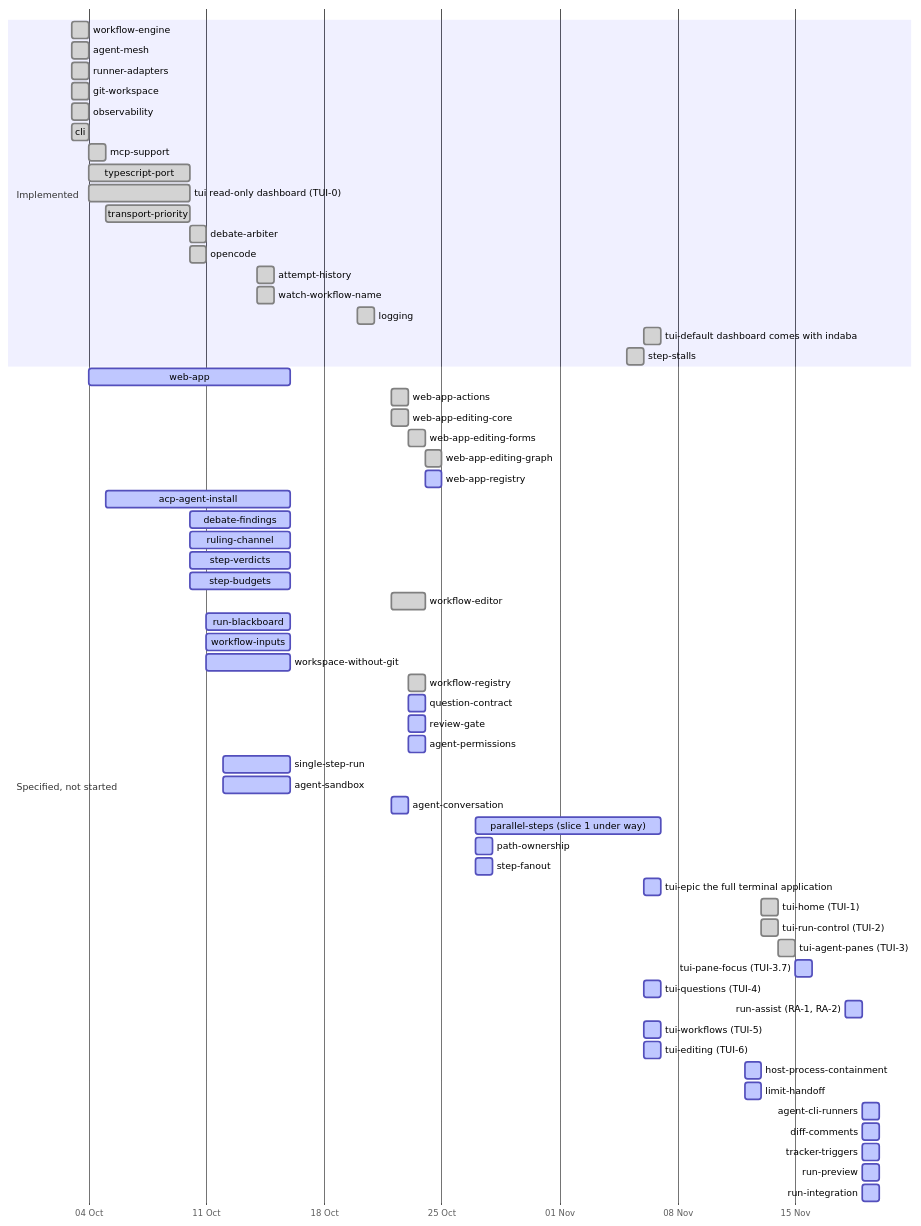
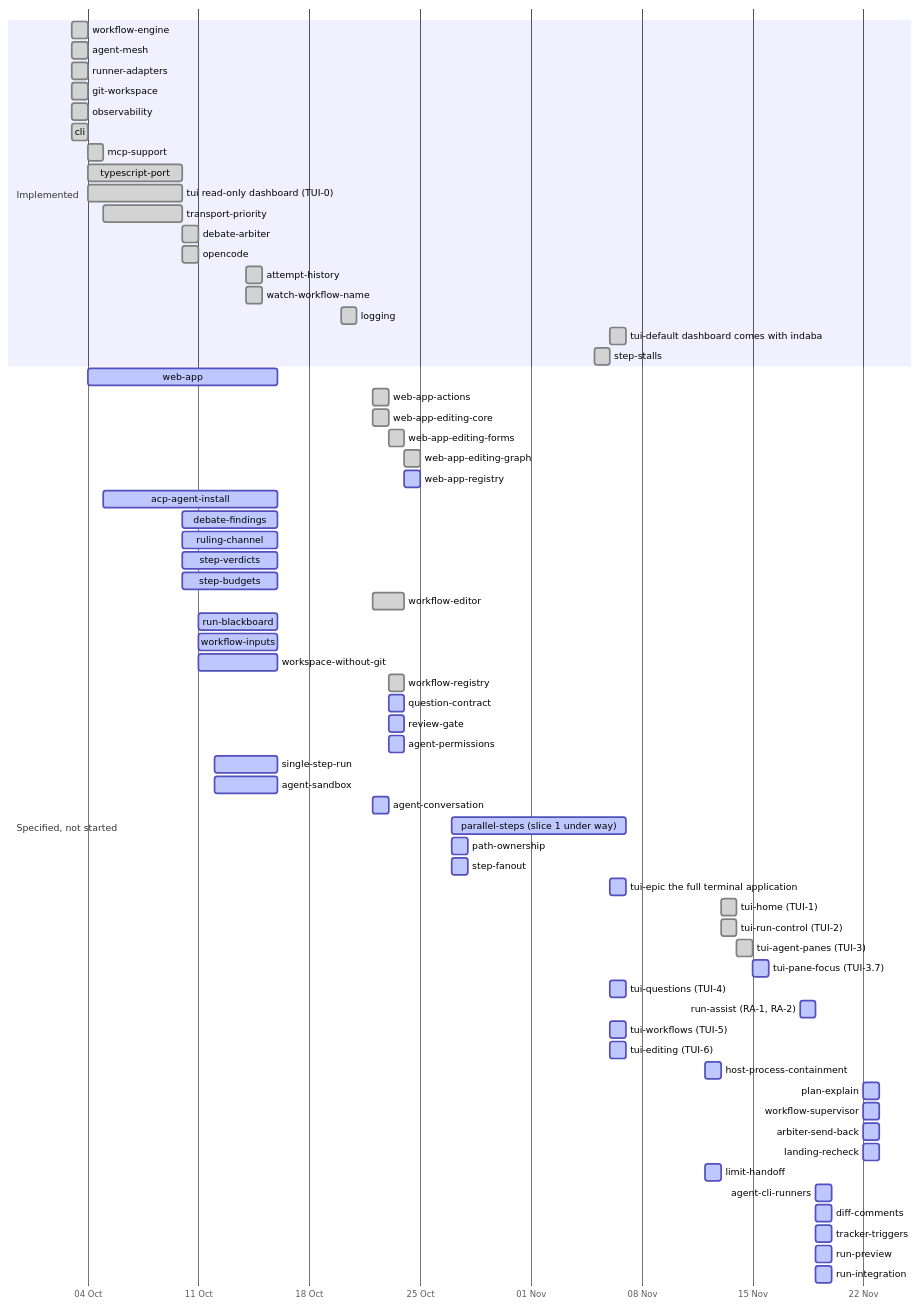
One commit to yaotzin1/indaba changed the second of 5 diagrams in specs/DEPENDENCY_MAP.md. Above: the diagram before and after it, drawn with Mermaid. The commit also changed other lines of this file, not shown here.

Commit message:
docs(specs): add plan-explain, workflow-supervisor, arbiter-send-back and landing-recheck to the dependency map
Track: chore

Claude-Session: https://claude.ai/code/session_011od7CPXaXsPAkVJbPNreS2

````diff
--- a/specs/DEPENDENCY_MAP.md
+++ b/specs/DEPENDENCY_MAP.md
@@ -71,65 +71,69 @@
 ```mermaid
 gantt
     dateFormat YYYY-MM-DD
     axisFormat %d %b
     section Implemented
     workflow-engine        :done, 2026-10-03, 2026-10-04
     agent-mesh             :done, 2026-10-03, 2026-10-04
     runner-adapters        :done, 2026-10-03, 2026-10-04
     git-workspace          :done, 2026-10-03, 2026-10-04
     observability          :done, 2026-10-03, 2026-10-04
     cli                    :done, 2026-10-03, 2026-10-04
     mcp-support            :done, 2026-10-04, 1d
     typescript-port        :done, 2026-10-04, 2026-10-10
     tui read-only dashboard (TUI-0) :done, 2026-10-04, 2026-10-10
     transport-priority     :done, 2026-10-05, 2026-10-10
     debate-arbiter         :done, 2026-10-10, 1d
     opencode               :done, 2026-10-10, 1d
     attempt-history        :done, 2026-10-14, 1d
     watch-workflow-name    :done, 2026-10-14, 1d
     logging                :done, 2026-10-20, 2026-10-21
     tui-default dashboard comes with indaba :done, 2026-11-06, 1d
     step-stalls            :done, 2026-11-05, 2026-11-06
     section Specified, not started
     web-app                :active, 2026-10-04, 2026-10-16
     web-app-actions        :done, 2026-10-22, 1d
     web-app-editing-core   :done, 2026-10-22, 1d
     web-app-editing-forms  :done, 2026-10-23, 1d
     web-app-editing-graph  :done, 2026-10-24, 1d
     web-app-registry       :active, 2026-10-24, 1d
     acp-agent-install      :active, 2026-10-05, 2026-10-16
     debate-findings        :active, 2026-10-10, 2026-10-16
     ruling-channel         :active, 2026-10-10, 2026-10-16
     step-verdicts          :active, 2026-10-10, 2026-10-16
     step-budgets           :active, 2026-10-10, 2026-10-16
     workflow-editor        :done, 2026-10-22, 2d
     run-blackboard         :active, 2026-10-11, 2026-10-16
     workflow-inputs        :active, 2026-10-11, 2026-10-16
     workspace-without-git  :active, 2026-10-11, 2026-10-16
     workflow-registry      :done, 2026-10-23, 1d
     question-contract      :active, 2026-10-23, 2026-10-24
     review-gate            :active, 2026-10-23, 2026-10-24
     agent-permissions      :active, 2026-10-23, 2026-10-24
     single-step-run        :active, 2026-10-12, 2026-10-16
     agent-sandbox          :active, 2026-10-12, 2026-10-16
     agent-conversation     :active, 2026-10-22, 2026-10-23
     parallel-steps (slice 1 under way) :active, 2026-10-27, 2026-11-07
     path-ownership         :active, 2026-10-27, 1d
     step-fanout            :active, 2026-10-27, 1d
     tui-epic the full terminal application :active, 2026-11-06, 1d
     tui-home (TUI-1)       :done, 2026-11-13, 1d
     tui-run-control (TUI-2) :done, 2026-11-13, 1d
     tui-agent-panes (TUI-3) :done, 2026-11-14, 1d
     tui-pane-focus (TUI-3.7) :active, 2026-11-15, 1d
     tui-questions (TUI-4)  :active, 2026-11-06, 1d
     run-assist (RA-1, RA-2) :active, 2026-11-18, 1d
     tui-workflows (TUI-5)  :active, 2026-11-06, 1d
     tui-editing (TUI-6)    :active, 2026-11-06, 1d
     host-process-containment :active, 2026-11-12, 1d
+    plan-explain             :active, 2026-11-22, 1d
+    workflow-supervisor      :active, 2026-11-22, 1d
+    arbiter-send-back        :active, 2026-11-22, 1d
+    landing-recheck          :active, 2026-11-22, 1d
     limit-handoff            :active, 2026-11-12, 1d
     agent-cli-runners        :active, 2026-11-19, 1d
     diff-comments            :active, 2026-11-19, 1d
     tracker-triggers         :active, 2026-11-19, 1d
     run-preview              :active, 2026-11-19, 1d
     run-integration          :active, 2026-11-19, 1d
 ```
````
